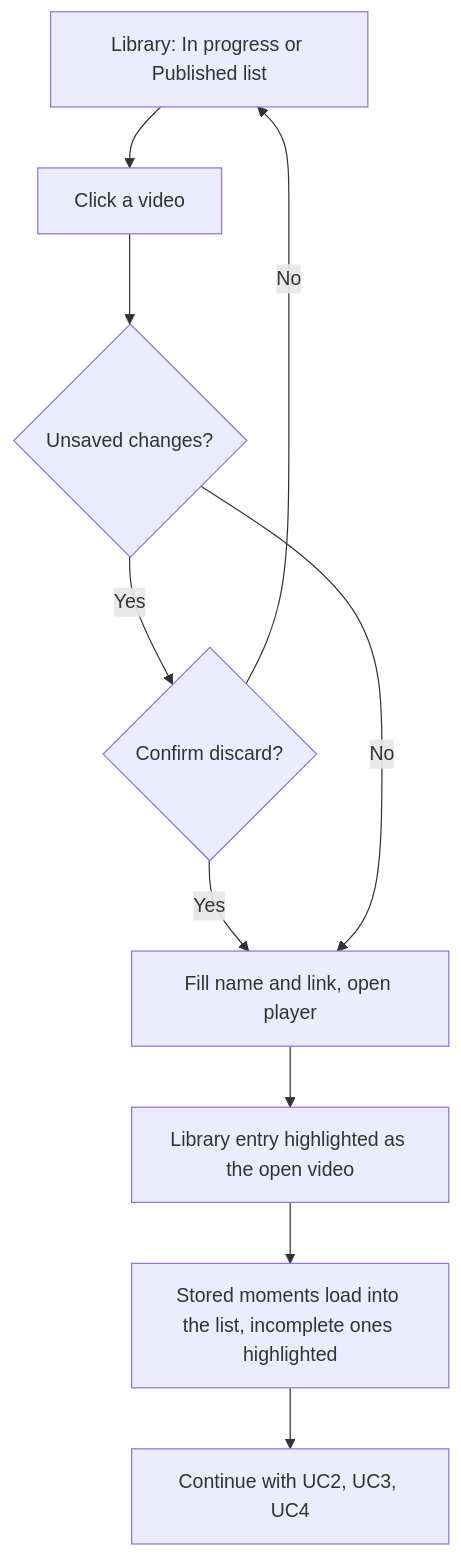
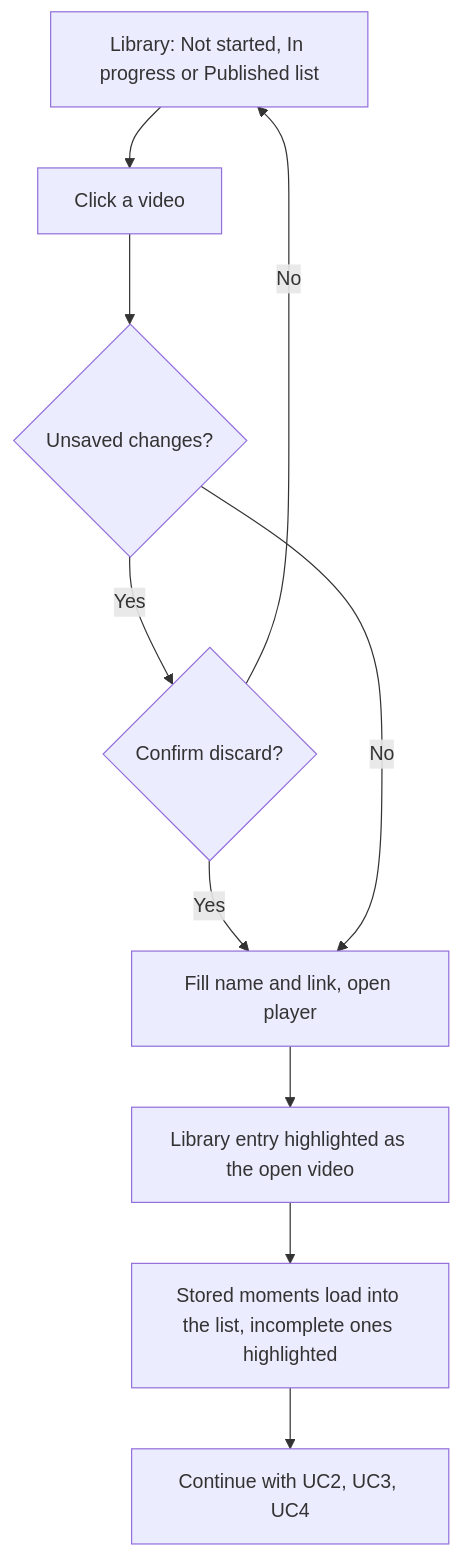
The eighth of 12 diagrams in docs/USE_CASE_FLOWS.md (LeandroBerretta/touchline-video-tagging), drawn with Mermaid before and after one commit. The commit also changed other lines of this file and 2 other files, not shown here.

First line of the commit message:
Add a Not started queue to the tagging library

````diff
--- a/docs/USE_CASE_FLOWS.md
+++ b/docs/USE_CASE_FLOWS.md
@@ -187,12 +189,12 @@
 ```mermaid
 flowchart TD
-  A[Library: In progress or Published list] --> B[Click a video]
+  A[Library: Not started, In progress or Published list] --> B[Click a video]
   B --> C{Unsaved changes?}
   C -- Yes --> D{Confirm discard?}
   D -- No --> A
   D -- Yes --> E
   C -- No --> E[Fill name and link, open player]
   E --> F[Library entry highlighted as the open video]
   F --> G[Stored moments load into the list, incomplete ones highlighted]
   G --> H[Continue with UC2, UC3, UC4]
 ```
````
